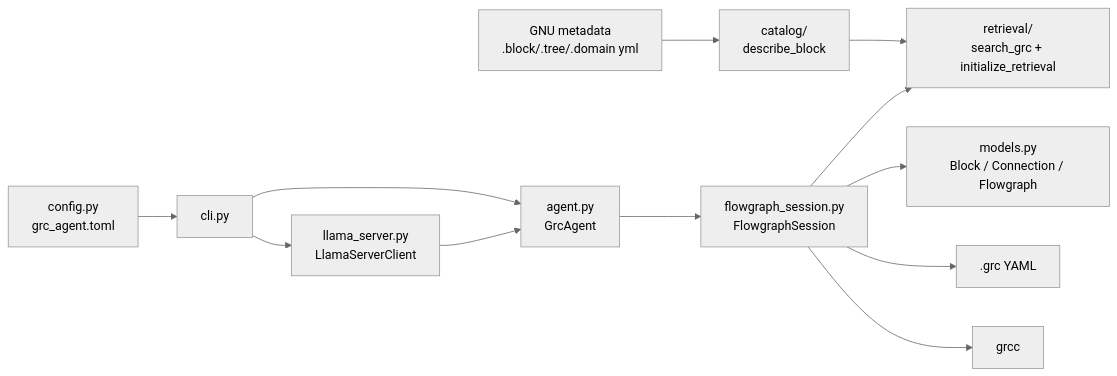
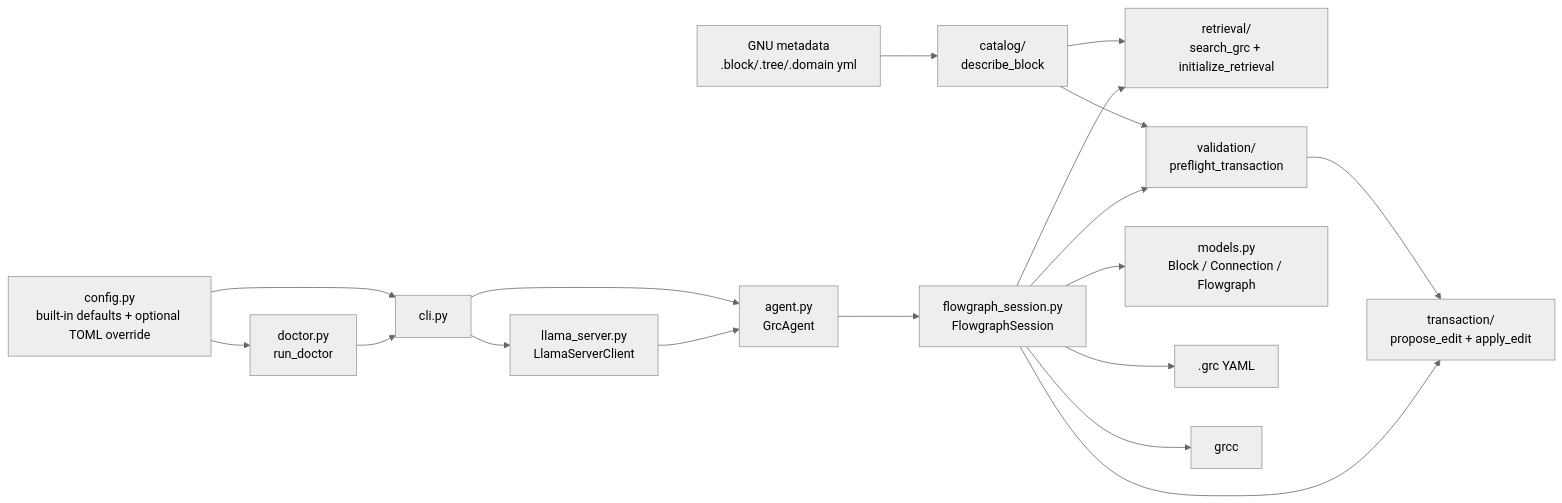
One commit to qoherent/GRC-Agent changed the first of 2 diagrams in docs/PACKAGE_GUIDE.md. Above: the diagram before and after it, drawn with Mermaid (neutral theme). The commit also changed other lines of this file and 100 other files, not shown here.

First line of the commit message:
Add comprehensive tests for payload builders, transaction validation, and preflight checks

````diff
--- a/docs/PACKAGE_GUIDE.md
+++ b/docs/PACKAGE_GUIDE.md
@@ -16,26 +16,35 @@
 ```mermaid
 flowchart LR
-  Config["config.py<br/>grc_agent.toml"]
+  Config["config.py<br/>built-in defaults + optional TOML override"]
   CLI["cli.py"]
+  Doctor["doctor.py<br/>run_doctor"]
   Llama["llama_server.py<br/>LlamaServerClient"]
   Agent["agent.py<br/>GrcAgent"]
   CatalogPkg["catalog/<br/>describe_block"]
   Retrieval["retrieval/<br/>search_grc + initialize_retrieval"]
+  Validation["validation/<br/>preflight_transaction"]
+  Transaction["transaction/<br/>propose_edit + apply_edit"]
   Session["flowgraph_session.py<br/>FlowgraphSession"]
   GnuCatalog["GNU metadata<br/>.block/.tree/.domain yml"]
   Models["models.py<br/>Block / Connection / Flowgraph"]
   Raw[".grc YAML"]
   Grcc["grcc"]
 
   Config --> CLI
+  Config --> Doctor
+  Doctor --> CLI
   CLI --> Agent
   CLI --> Llama
   Llama --> Agent
   Agent --> Session
   GnuCatalog --> CatalogPkg
   CatalogPkg --> Retrieval
+  CatalogPkg --> Validation
+  Session --> Validation
+  Validation --> Transaction
+  Session --> Transaction
   Session --> Retrieval
   Session --> Models
   Session --> Raw
   Session --> Grcc
 ```
````
